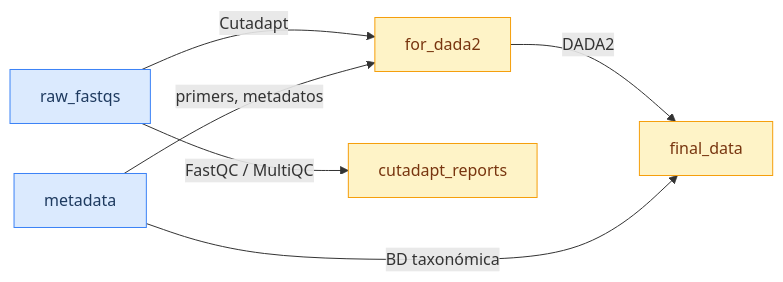
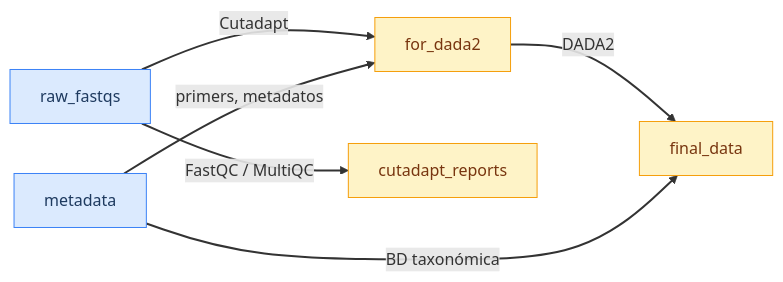
One commit to taniavaldiviac/metabarcoding-webpage changed the diagram in 0-Preparacion.qmd. Above: the diagram before and after it, drawn with Mermaid.

Commit message:
Cambia color de flechas del diagrama de flujo a negro

````diff
--- a/0-Preparacion.qmd
+++ b/0-Preparacion.qmd
@@ -37,11 +37,13 @@
 ```{mermaid}
 flowchart LR
     A[raw_fastqs]:::included -->|Cutadapt| B[for_dada2]:::generated
     A -->|FastQC / MultiQC| C[cutadapt_reports]:::generated
     B -->|DADA2| D[final_data]:::generated
     E[metadata]:::included -->|primers, metadatos| B
     E -->|BD taxonómica| D
 
     classDef included fill:#dbeafe,stroke:#3b82f6,color:#1e3a5f
     classDef generated fill:#fef3c7,stroke:#f59e0b,color:#78350f
+
+    linkStyle default stroke:#333333,stroke-width:2px
 ```
````
